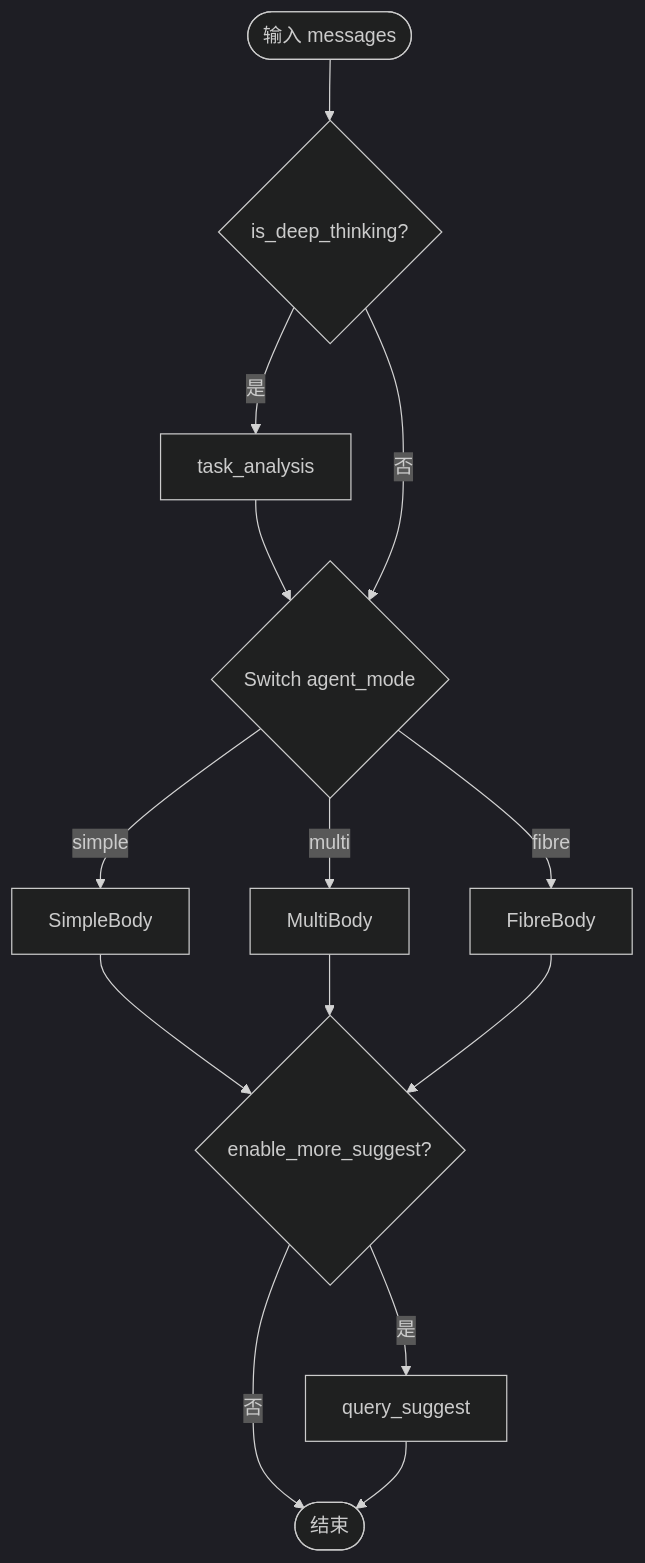
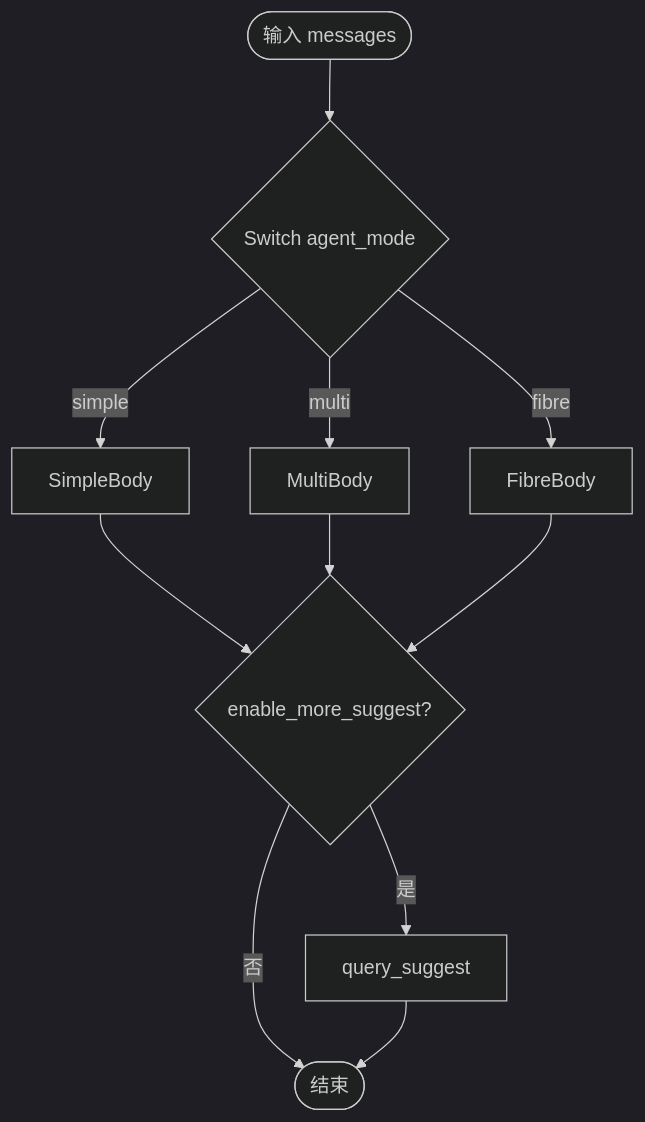
The seventh of 10 diagrams in docs/zh/architecture/ARCHITECTURE_SAGENTS_AGENT_FLOW.md (ZHangZHengEric/Sage), drawn with Mermaid (dark theme) before and after one commit. The commit also changed other lines of this file and 61 other files, not shown here.

````diff
--- a/docs/zh/architecture/ARCHITECTURE_SAGENTS_AGENT_FLOW.md
+++ b/docs/zh/architecture/ARCHITECTURE_SAGENTS_AGENT_FLOW.md
@@ -165,17 +165,14 @@
 ```mermaid
 flowchart TB
-    Start([输入 messages]) --> DT{is_deep_thinking?}
-    DT -->|是| Ana[task_analysis] --> Sw
-    DT -->|否| Sw
-    Sw{Switch agent_mode}
+    Start([输入 messages]) --> Sw{Switch agent_mode}
     Sw -->|simple| SimpleBody
     Sw -->|multi| MultiBody
     Sw -->|fibre| FibreBody
     SimpleBody --> More
     MultiBody --> More
     FibreBody --> More
     More{enable_more_suggest?}
     More -->|是| QS[query_suggest]
     More -->|否| End
     QS --> End([结束])
 ```
````
